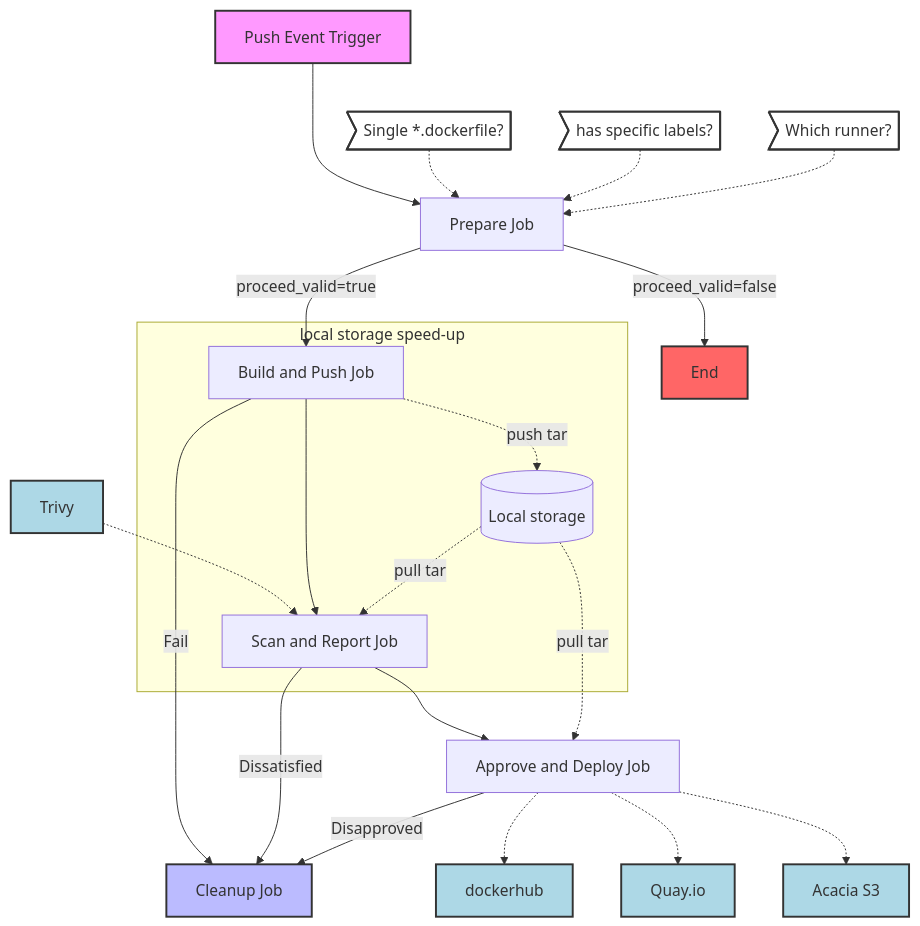
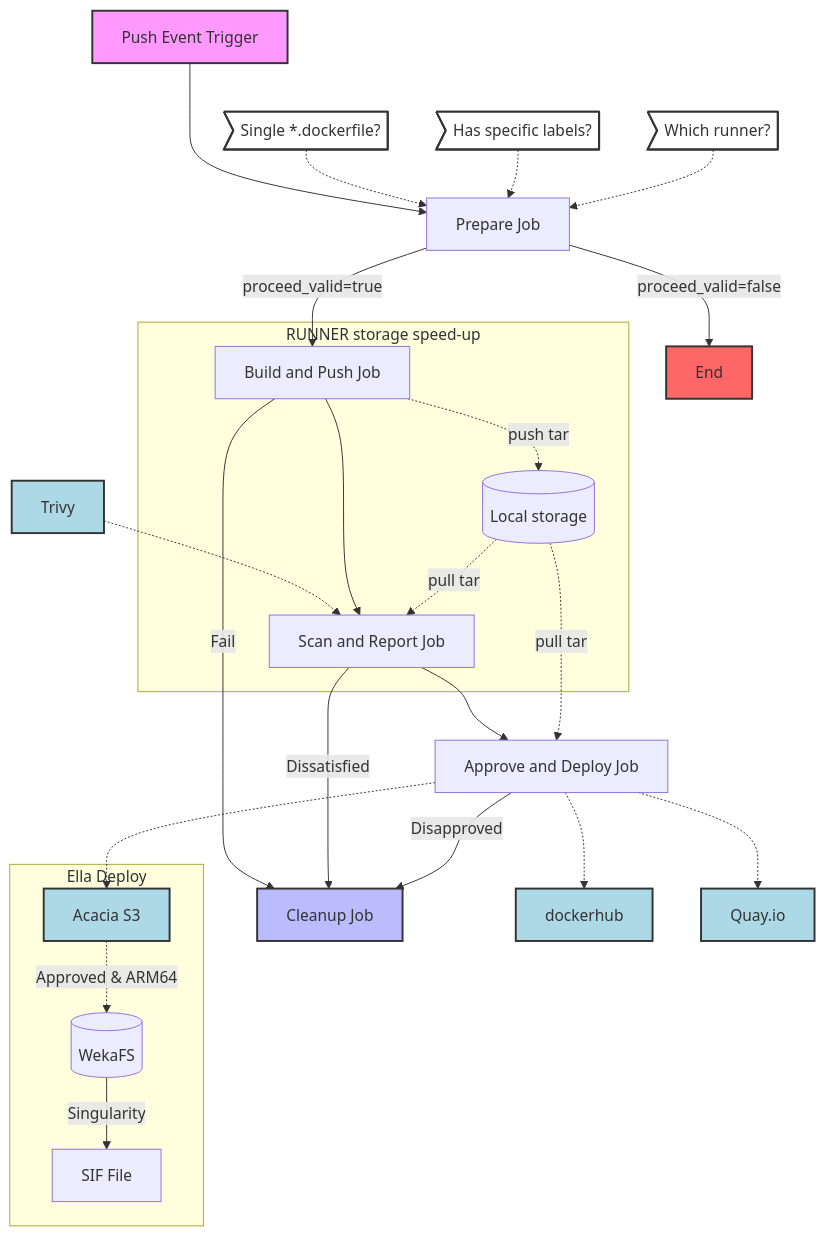
One commit to Quleaf/TestAction changed the first of 2 diagrams in .github/workflows/Readme.md. Above: the diagram before and after it, drawn with Mermaid. The commit also changed other lines of this file and 2 other files, not shown here.

````diff
--- a/.github/workflows/Readme.md
+++ b/.github/workflows/Readme.md
@@ -8,45 +8,47 @@
 ```mermaid
 graph TD
     A[Push Event Trigger] ---> B[Prepare Job]
     
     B1>Single *.dockerfile?] -.-> B
-    B2>has specific labels? ] -.-> B
+    B2>Has specific labels? ] -.-> B
     B3>Which runner?] -.-> B
     B -->|proceed_valid=true| C[Build and Push Job]
     B -->|proceed_valid=false| F[End]
     
     C1[Trivy] -.->D[Build and Push Job]
     C --> D[Scan and Report Job]
   
    
     
     D --> E[Approve and Deploy Job]
     C --> |Fail|G
     D --> |Dissatisfied|G  
     E --> |Disapproved|G[Cleanup Job]
 
     C3-.->|pull tar|E
     E -.->H[dockerhub]
     E -.->I[Quay.io]
-    E -.->J[Acacia S3]
-    
-    
-  
-    subgraph local storage speed-up
+    E -.->J[Acacia S3]      
+
+    subgraph Ella Deploy
+        J-.->|Approved & ARM64|K[(WekaFS)]
+        K-->|Singularity|L[SIF File]
+    end
+
+    subgraph RUNNER storage speed-up
         C[Build and Push Job] -.-> |push tar|C3[(Local storage)]
         C3-.->|pull tar|D[Scan and Report Job]
-
     end
     
     %% Styling for clarity
     style A fill:#f9f,stroke:#333,stroke-width:2px
     style F fill:#f66,stroke:#333,stroke-width:2px
     style G fill:#bbf,stroke:#333,stroke-width:2px
     style B1 fill:#fff,stroke:#333,stroke-width:2px
     style B2 fill:#fff,stroke:#333,stroke-width:2px
     style B3 fill:#fff,stroke:#333,stroke-width:2px
     style C1 fill:#add8e6,stroke:#333,stroke-width:2px
     style H fill:#add8e6,stroke:#333,stroke-width:2px
     style I fill:#add8e6,stroke:#333,stroke-width:2px
     style J fill:#add8e6,stroke:#333,stroke-width:2px
 ```
````
